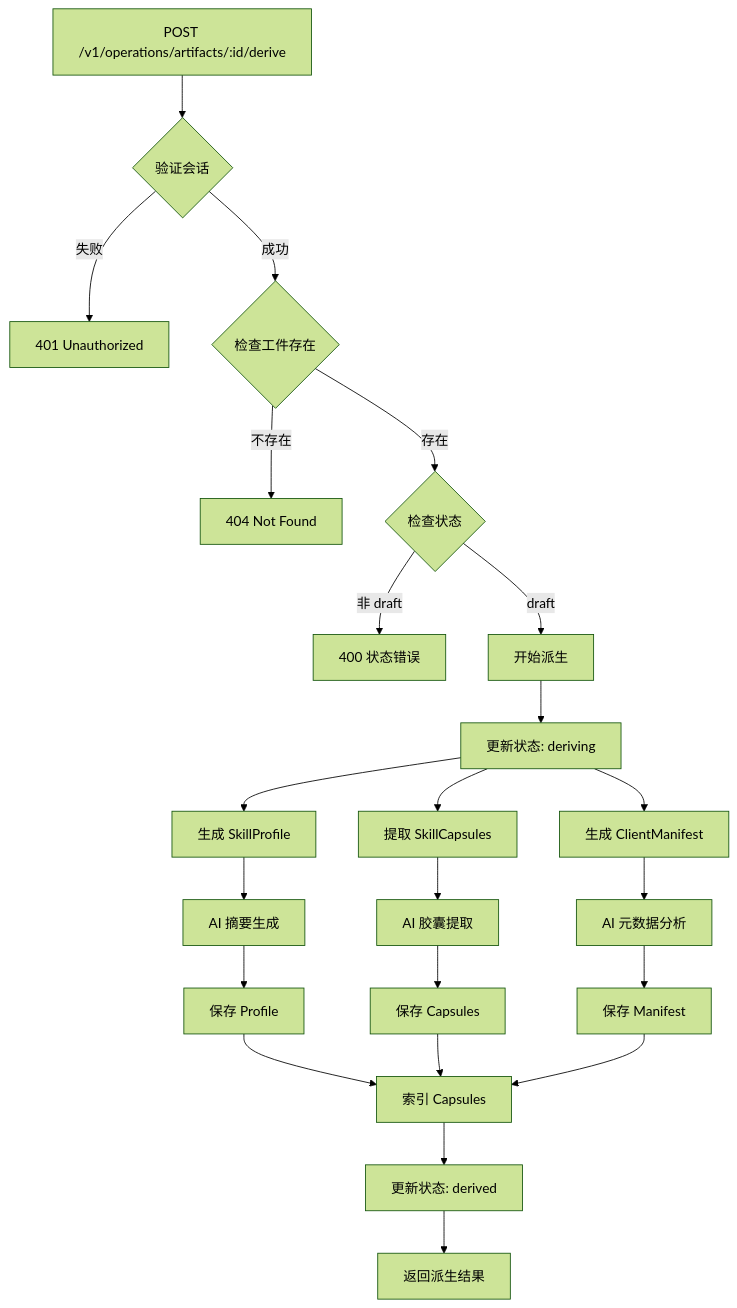
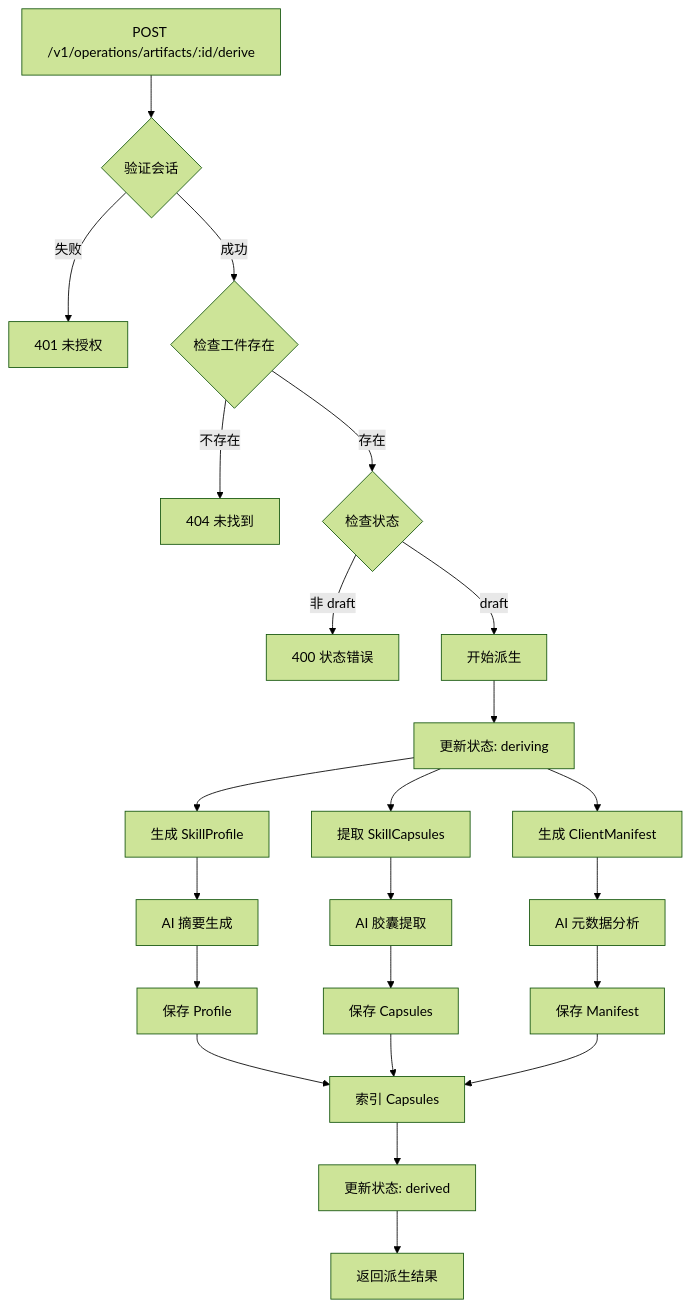
The fifth of 7 diagrams in docs/architecture/components/ARTIFACTS.md (pofossette/TrapMap-for-vibing), drawn with Mermaid (forest theme) before and after one commit. The commit also changed other lines of this file and 11 other files, not shown here.

First line of the commit message:
docs: 转换 ASCII 框图为 Mermaid flowchart tb + subgraph，翻译已有 Mermaid 图表为简体中文

````diff
--- a/docs/architecture/components/ARTIFACTS.md
+++ b/docs/architecture/components/ARTIFACTS.md
@@ -244,31 +244,31 @@
 ```mermaid
 flowchart TD
     A[POST /v1/operations/artifacts/:id/derive] --> B{验证会话}
-    B -->|失败| C[401 Unauthorized]
+    B -->|失败| C[401 未授权]
     B -->|成功| D{检查工件存在}
-    D -->|不存在| E[404 Not Found]
+    D -->|不存在| E[404 未找到]
     D -->|存在| F{检查状态}
     
     F -->|非 draft| G[400 状态错误]
     F -->|draft| H[开始派生]
     
     H --> I[更新状态: deriving]
     I --> J[生成 SkillProfile]
     I --> K[提取 SkillCapsules]
     I --> L[生成 ClientManifest]
     
     J --> M[AI 摘要生成]
     K --> N[AI 胶囊提取]
     L --> O[AI 元数据分析]
     
     M --> P[保存 Profile]
     N --> Q[保存 Capsules]
     O --> R[保存 Manifest]
     
     P --> S[索引 Capsules]
     Q --> S
     R --> S
     
     S --> T[更新状态: derived]
     T --> U[返回派生结果]
 ```
````
